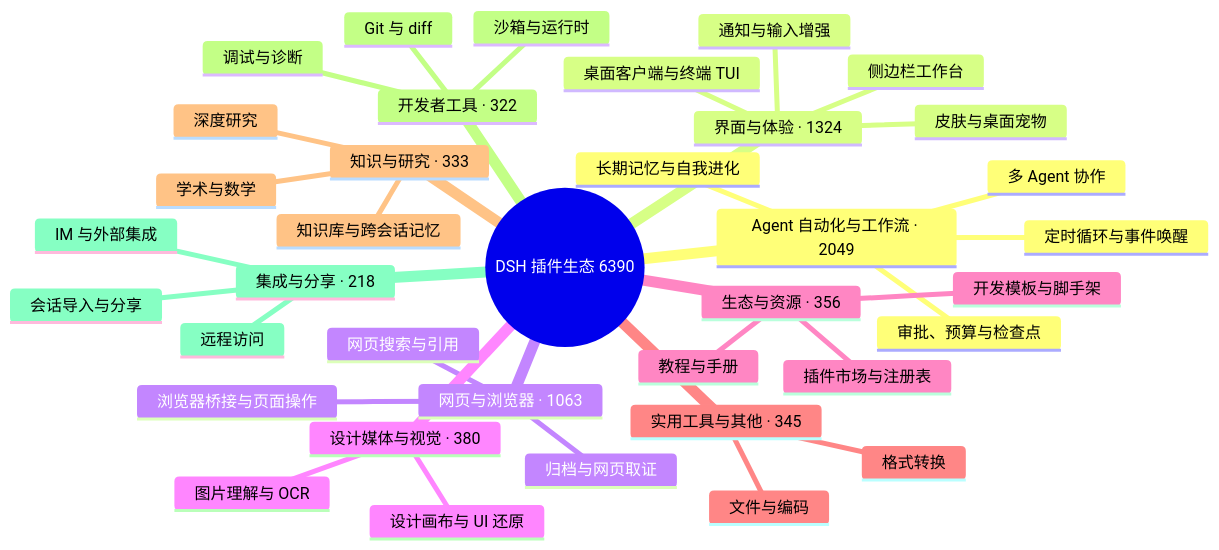
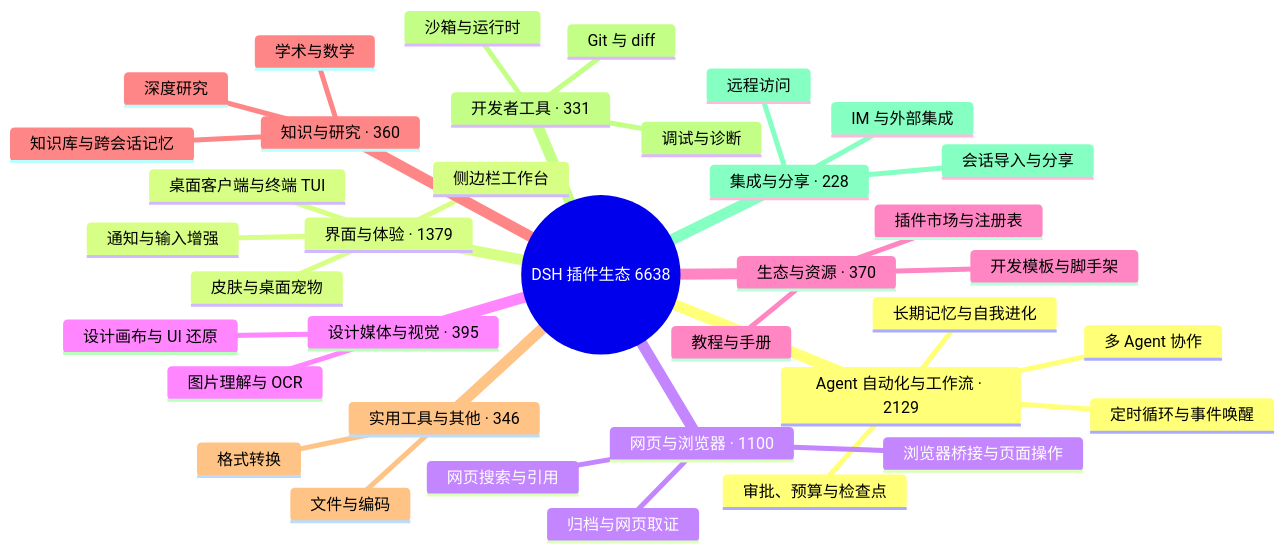
Before and after one commit to PGZXB/awesome-dsh-plugin-3: the diagram in README.md, drawn with Mermaid. The commit also changed other lines of this file and 9 other files, not shown here.

````diff
--- a/README.md
+++ b/README.md
@@ -33,40 +33,40 @@
 ```mermaid
 mindmap
-  root((DSH 插件生态 6390))
-    Agent 自动化与工作流 · 2049
+  root((DSH 插件生态 6638))
+    Agent 自动化与工作流 · 2129
       定时循环与事件唤醒
       多 Agent 协作
       长期记忆与自我进化
       审批、预算与检查点
-    界面与体验 · 1324
+    界面与体验 · 1379
       桌面客户端与终端 TUI
       侧边栏工作台
       皮肤与桌面宠物
       通知与输入增强
-    网页与浏览器 · 1063
+    网页与浏览器 · 1100
       浏览器桥接与页面操作
       网页搜索与引用
       归档与网页取证
-    设计媒体与视觉 · 380
+    设计媒体与视觉 · 395
       图片理解与 OCR
       设计画布与 UI 还原
-    生态与资源 · 356
+    生态与资源 · 370
       插件市场与注册表
       开发模板与脚手架
       教程与手册
-    实用工具与其他 · 345
-      文件与编码
-      格式转换
-    知识与研究 · 333
+    知识与研究 · 360
       知识库与跨会话记忆
       深度研究
       学术与数学
-    开发者工具 · 322
+    实用工具与其他 · 346
+      文件与编码
+      格式转换
+    开发者工具 · 331
       Git 与 diff
       沙箱与运行时
       调试与诊断
-    集成与分享 · 218
+    集成与分享 · 228
       会话导入与分享
       远程访问
       IM 与外部集成
 ```
````
